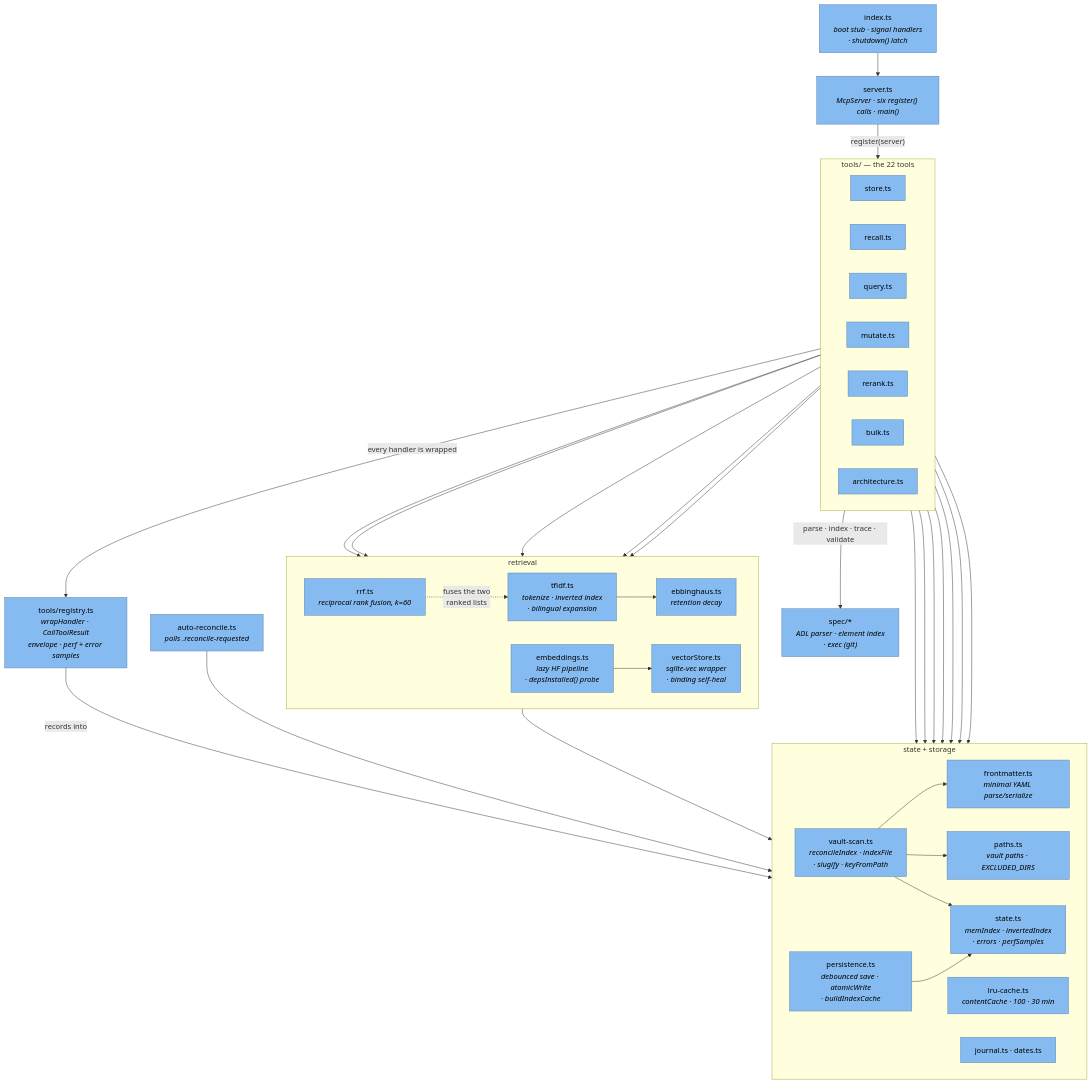
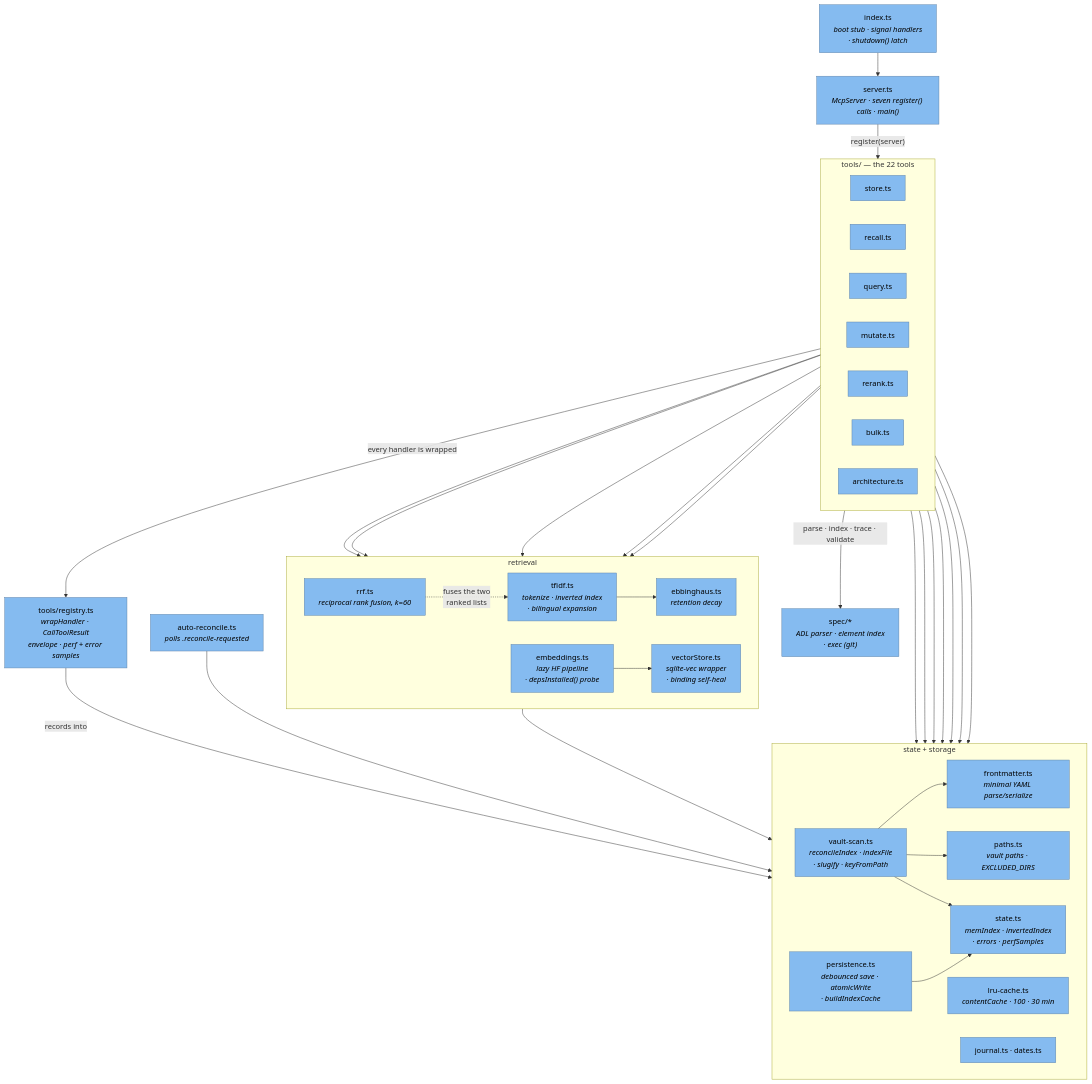
One commit to adrian-balaban/total-recall changed the third of 4 diagrams in plugins/total-recall/ARCHITECTURE.md. Above: the diagram before and after it, drawn with Mermaid. The commit also changed other lines of this file and 8 other files, not shown here.

First line of the commit message:
docs+test: fix doc drift, align ARCHITECTURE.md, complete the Stryker allow-list

````diff
--- a/plugins/total-recall/ARCHITECTURE.md
+++ b/plugins/total-recall/ARCHITECTURE.md
@@ -91,72 +91,72 @@
 ```mermaid
 graph TB
     idxts["index.ts<br/><i>boot stub · signal handlers<br/>· shutdown() latch</i>"]
-    srv["server.ts<br/><i>McpServer · six register() calls · main()</i>"]
+    srv["server.ts<br/><i>McpServer · seven register() calls · main()</i>"]
     reg["tools/registry.ts<br/><i>wrapHandler · CallToolResult<br/>envelope · perf + error samples</i>"]
 
     subgraph Tools["tools/ — the 22 tools"]
         direction LR
         t1["store.ts"]
         t2["recall.ts"]
         t3["query.ts"]
         t4["mutate.ts"]
         t5["rerank.ts"]
         t6["bulk.ts"]
         t7["architecture.ts"]
     end
 
     subgraph Search["retrieval"]
         direction LR
         tf["tfidf.ts<br/><i>tokenize · inverted index<br/>· bilingual expansion</i>"]
         eb["ebbinghaus.ts<br/><i>retention decay</i>"]
         rrf["rrf.ts<br/><i>reciprocal rank fusion, k=60</i>"]
         embc["embeddings.ts<br/><i>lazy HF pipeline<br/>· depsInstalled() probe</i>"]
         vs["vectorStore.ts<br/><i>sqlite-vec wrapper<br/>· binding self-heal</i>"]
     end
 
     subgraph Core["state + storage"]
         direction LR
         st["state.ts<br/><i>memIndex · invertedIndex<br/>· errors · perfSamples</i>"]
         pers["persistence.ts<br/><i>debounced save · atomicWrite<br/>· buildIndexCache</i>"]
         scan["vault-scan.ts<br/><i>reconcileIndex · indexFile<br/>· slugify · keyFromPath</i>"]
         fm["frontmatter.ts<br/><i>minimal YAML parse/serialize</i>"]
         lru["lru-cache.ts<br/><i>contentCache · 100 · 30 min</i>"]
         paths["paths.ts<br/><i>vault paths · EXCLUDED_DIRS</i>"]
         jr["journal.ts · dates.ts"]
     end
 
     ar["auto-reconcile.ts<br/><i>polls .reconcile-requested</i>"]
 
     idxts --> srv
     srv -->|"register(server)"| Tools
     Tools -->|"every handler is wrapped"| reg
     reg -->|"records into"| st
 
     t1 --> fm
     t1 --> lru
     t1 --> jr
     t2 --> tf
     t2 --> rrf
     t2 --> embc
     t2 --> lru
     t3 --> eb
     t4 --> lru
     t5 --> embc
     t6 --> pers
     t7 -->|"parse · index · trace · validate"| spec["spec/*<br/><i>ADL parser · element index<br/>· exec (git)</i>"]
 
     tf --> st
     tf --> eb
     embc --> vs
     rrf -.->|"fuses the two<br/>ranked lists"| tf
 
     scan --> fm
     scan --> paths
     scan --> st
     pers --> st
     ar --> scan
     Tools --> pers
 
     classDef comp fill:#85bbf0,stroke:#5d82a8,color:#000
     class idxts,srv,reg,t1,t2,t3,t4,t5,t6,t7,spec,tf,eb,rrf,embc,vs,st,pers,scan,fm,lru,paths,ar,jr comp
 ```
````
